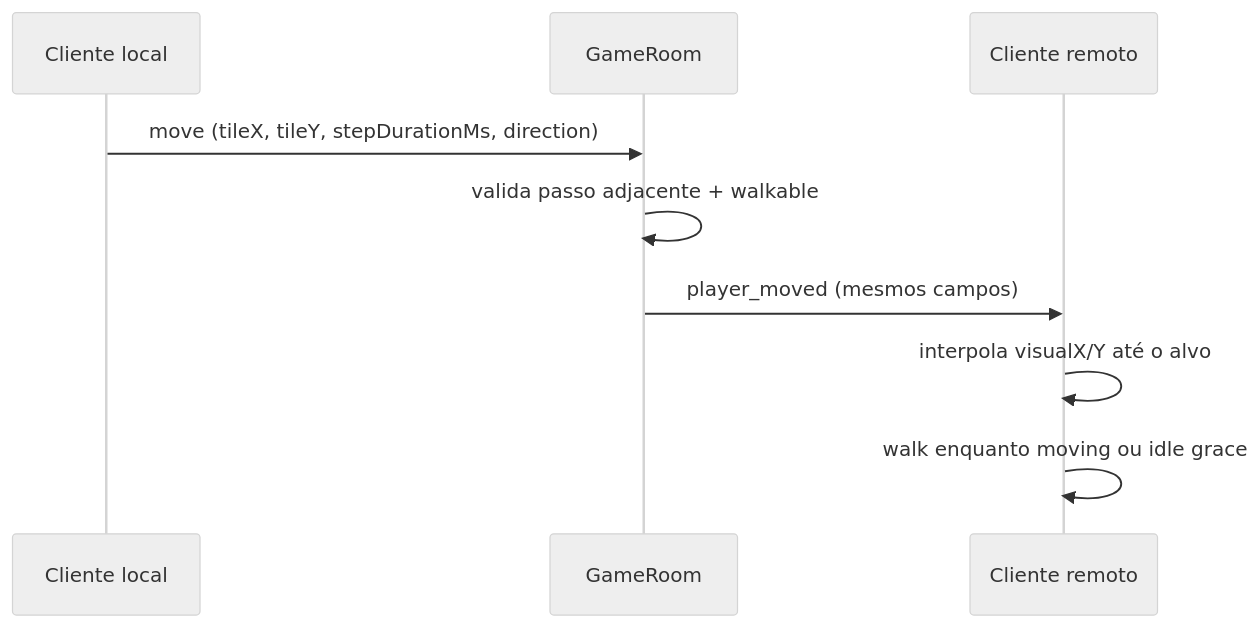
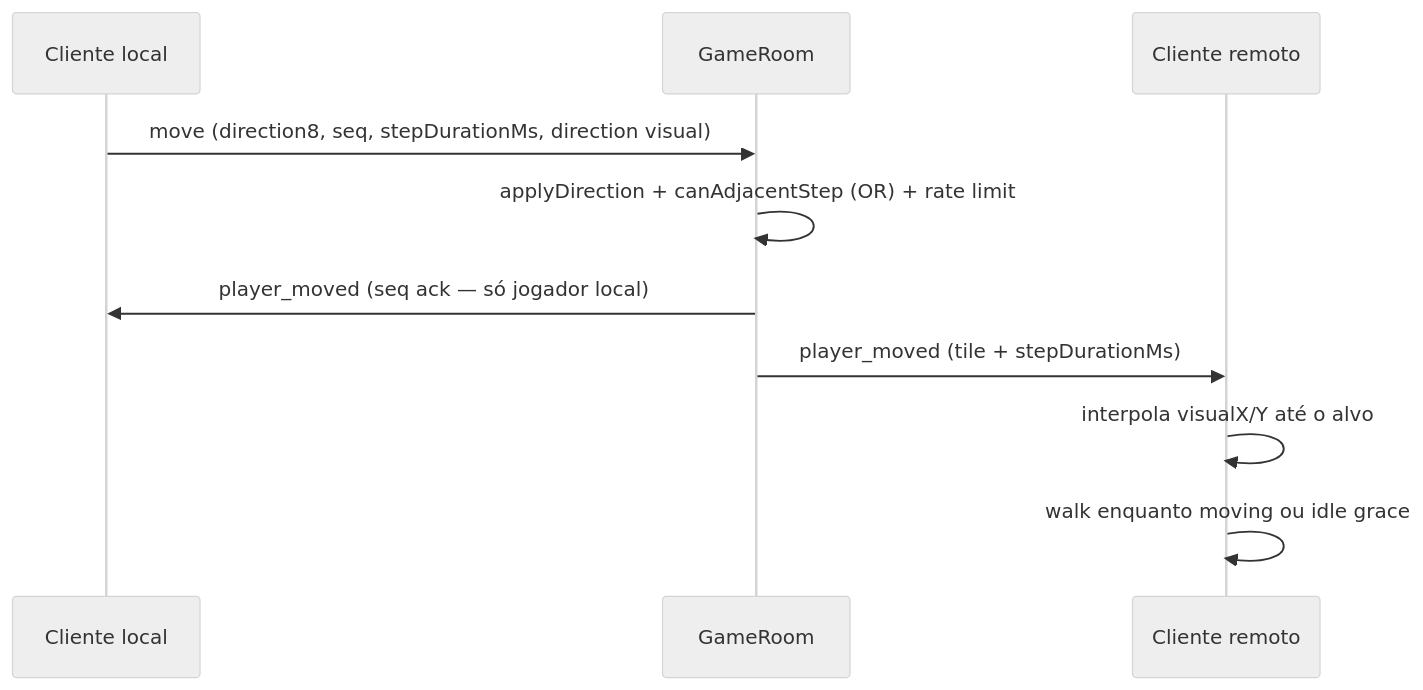
The diagram in docs/multiplayer-remote-players.md (robinCardoso/game-2d-railway), drawn with Mermaid (neutral theme) before and after one commit. The commit also changed other lines of this file and 34 other files, not shown here.

````diff
--- a/docs/multiplayer-remote-players.md
+++ b/docs/multiplayer-remote-players.md
@@ -42,12 +44,13 @@
 ```mermaid
 sequenceDiagram
     participant L as Cliente local
     participant S as GameRoom
     participant R as Cliente remoto
 
-    L->>S: move (tileX, tileY, stepDurationMs, direction)
-    S->>S: valida passo adjacente + walkable
-    S->>R: player_moved (mesmos campos)
+    L->>S: move (direction8, seq, stepDurationMs, direction visual)
+    S->>S: applyDirection + canAdjacentStep (OR) + rate limit
+    S->>L: player_moved (seq ack — só jogador local)
+    S->>R: player_moved (tile + stepDurationMs)
     R->>R: interpola visualX/Y até o alvo
     R->>R: walk enquanto moving ou idle grace
 ```
````
